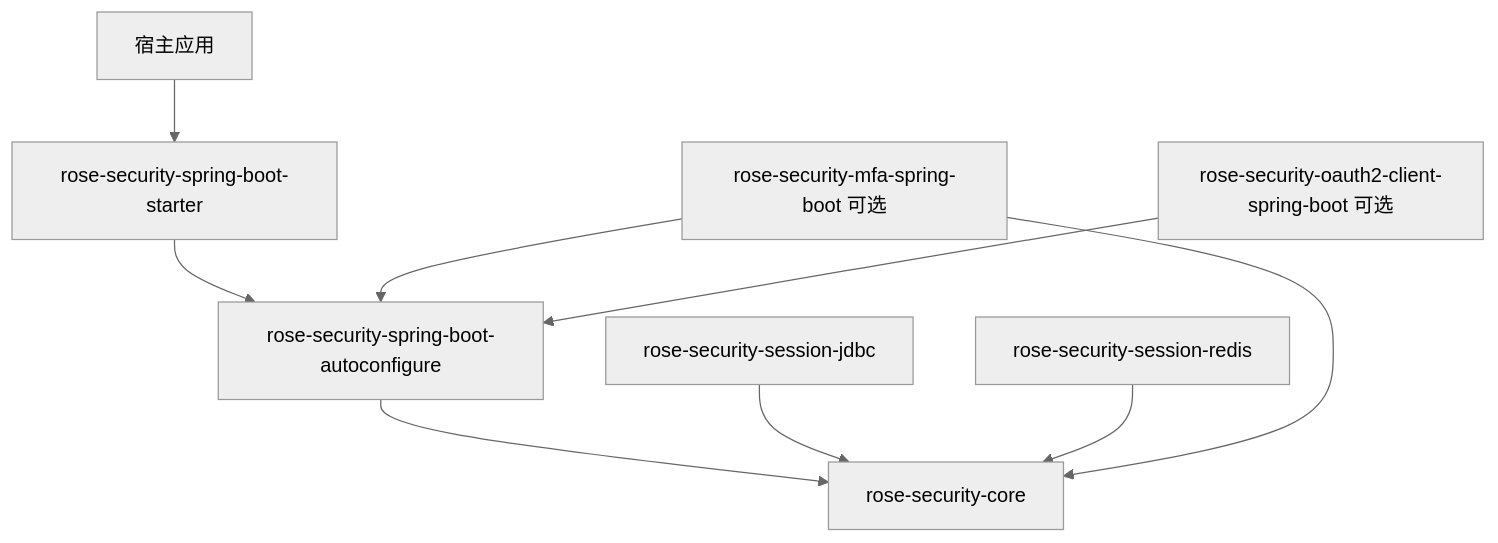
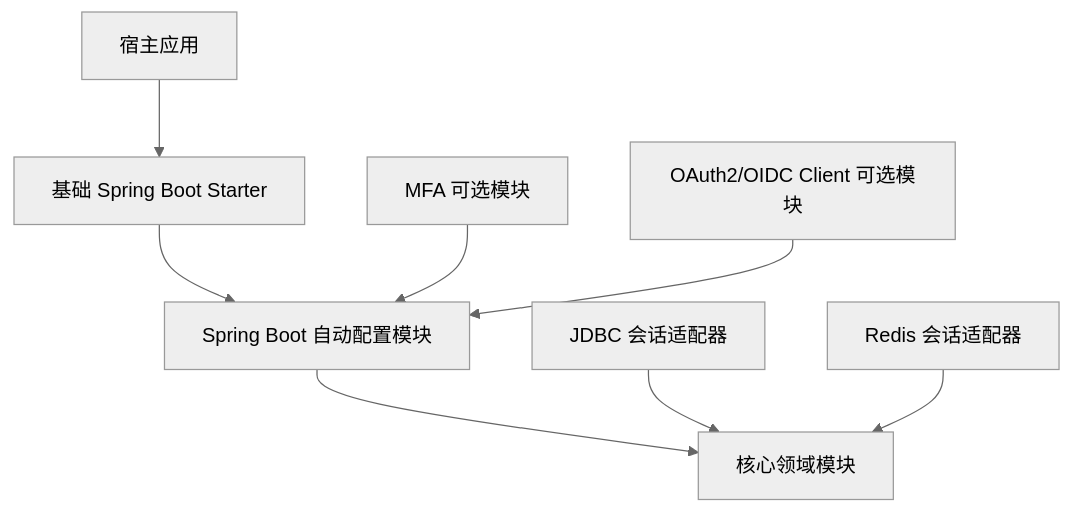
One commit to zhijun-io/rose-security changed the diagram in docs/rose-security-starter-design.md. Above: the diagram before and after it, drawn with Mermaid (neutral theme). The commit also changed other lines of this file, not shown here.

First line of the commit message:
docs: 完善 rose-security starter 设计契约

````diff
--- a/docs/rose-security-starter-design.md
+++ b/docs/rose-security-starter-design.md
@@ -50,11 +50,10 @@
 ```mermaid
 flowchart TD
-    Host[宿主应用] --> Starter[rose-security-spring-boot-starter]
-    Starter --> Auto[rose-security-spring-boot-autoconfigure]
-    Auto --> Core[rose-security-core]
-    Jdbc[rose-security-session-jdbc] --> Core
-    Redis[rose-security-session-redis] --> Core
-    Mfa[rose-security-mfa-spring-boot 可选] --> Auto
-    Mfa --> Core
-    Oidc[rose-security-oauth2-client-spring-boot 可选] --> Auto
+    Host[宿主应用] --> Starter[基础 Spring Boot Starter]
+    Starter --> Auto[Spring Boot 自动配置模块]
+    Auto --> Core[核心领域模块]
+    Jdbc[JDBC 会话适配器] --> Core
+    Redis[Redis 会话适配器] --> Core
+    Mfa[MFA 可选模块] --> Auto
+    Oidc[OAuth2/OIDC Client 可选模块] --> Auto
 ```
````
